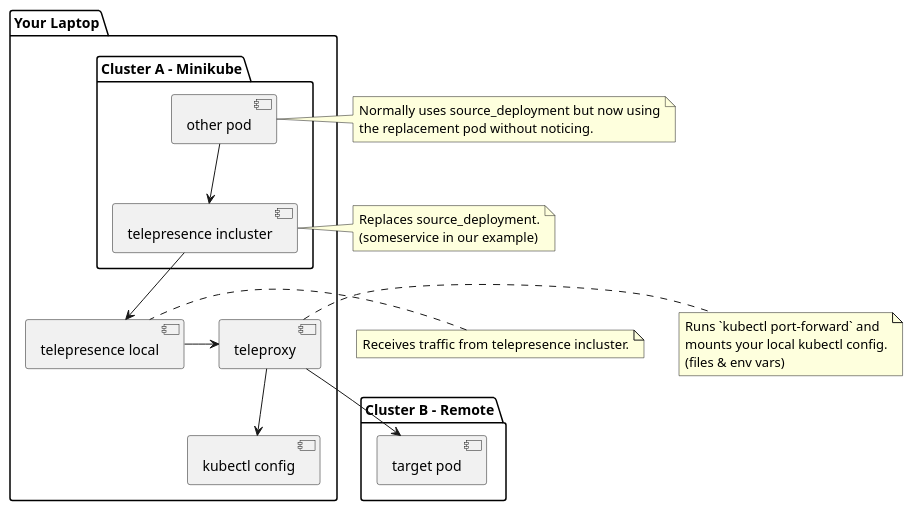
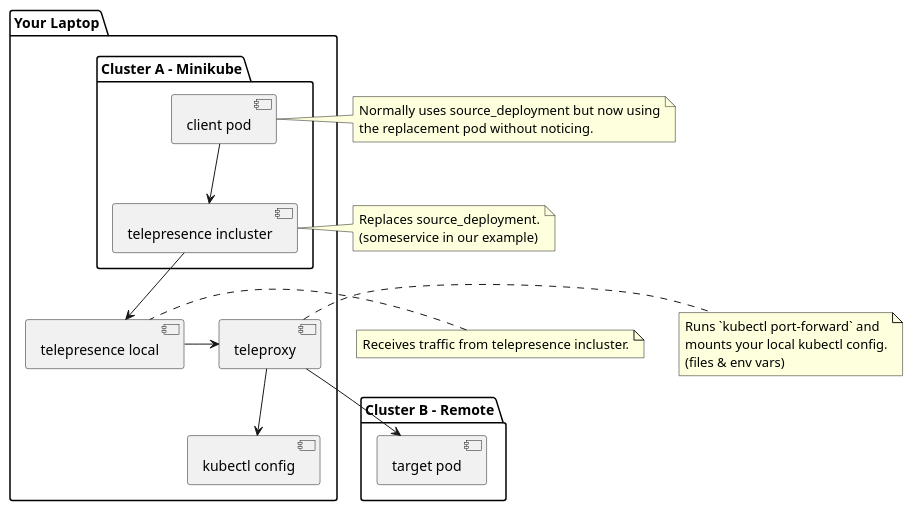
Before and after one commit to Flared/teleproxy: the diagram in deployment_diagram.plantuml, drawn with PlantUML. The commit also changed 1 other file, not shown here.

Commit message:
other pod -> client pod

```diff
--- a/deployment_diagram.plantuml
+++ b/deployment_diagram.plantuml
@@ -1,42 +1,42 @@
 @startuml
 package "Your Laptop" {
 
     [teleproxy]
     [telepresence local]
     [kubectl config]
 
     package "Cluster A - Minikube" {
         [telepresence incluster]
-        [other pod]
+        [client pod]
     }
 
 }
 
 package "Cluster B - Remote" {
     [target pod]
 }
 
 [telepresence incluster] --> [telepresence local]
 [telepresence local] -> [teleproxy]
 [teleproxy] --> [target pod]
 [teleproxy] --> [kubectl config]
-[other pod] --> [telepresence incluster]
+[client pod] --> [telepresence incluster]
 
 note left of [telepresence incluster]
   Replaces source_deployment.
   (someservice in our example)
 endnote
 
 note left of [telepresence local]: Receives traffic from telepresence incluster.
 
 note right of [teleproxy]
     Runs `kubectl port-forward` and 
     mounts your local kubectl config.
     (files & env vars)
 endnote
 
-note right of [other pod]
+note right of [client pod]
  Normally uses source_deployment but now using
  the replacement pod without noticing.
 endnote
 @enduml
```
